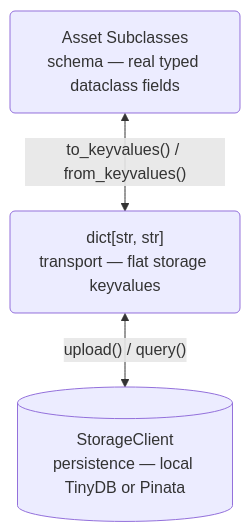
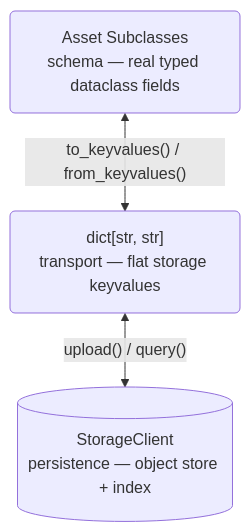
One commit to StargazerBio/stargazer changed the diagram in docs/architecture/types.md. Above: the diagram before and after it, drawn with Mermaid. The commit also changed other lines of this file and 10 other files, not shown here.

````diff
--- a/docs/architecture/types.md
+++ b/docs/architecture/types.md
@@ -14,9 +14,9 @@
 ```mermaid
 flowchart TD
     SC("Asset Subclasses\nschema — real typed dataclass fields")
     KV("dict[str, str]\ntransport — flat storage keyvalues")
-    ST[("StorageClient\npersistence — local TinyDB or Pinata")]
+    ST[("StorageClient\npersistence — object store + index")]
 
     SC <-->|"to_keyvalues() / from_keyvalues()"| KV
     KV <-->|"upload() / query()"| ST
 ```
````
